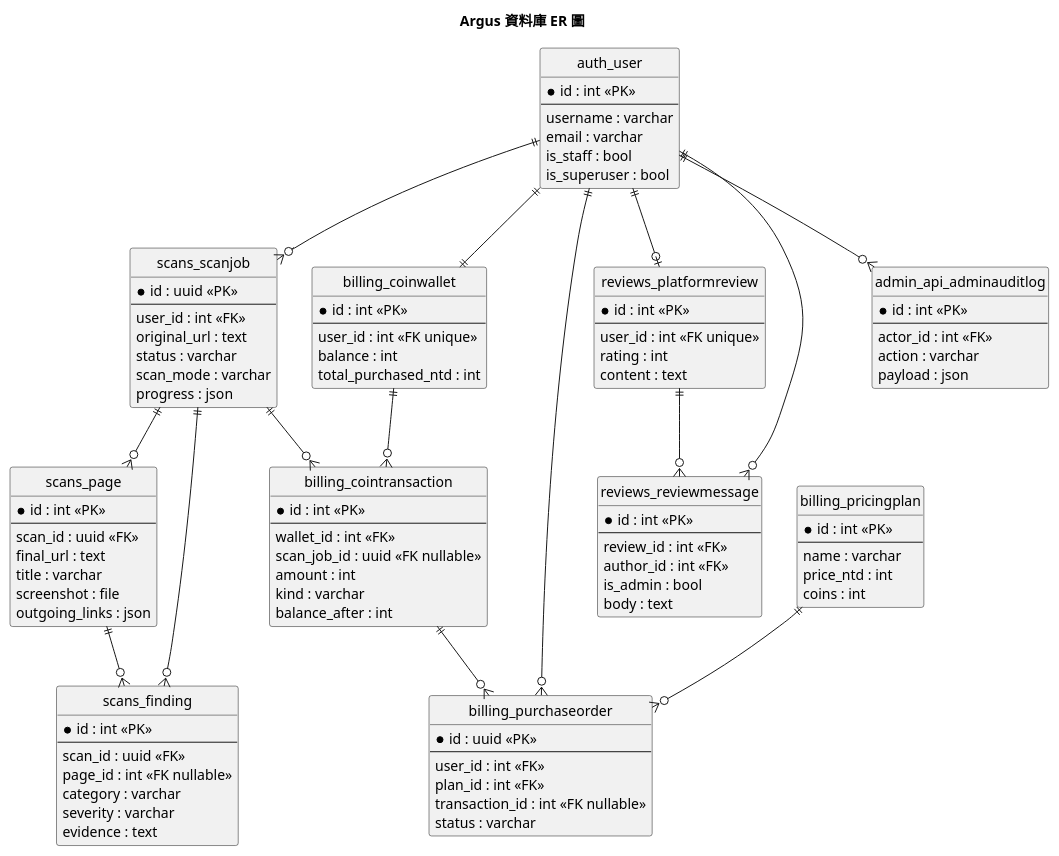
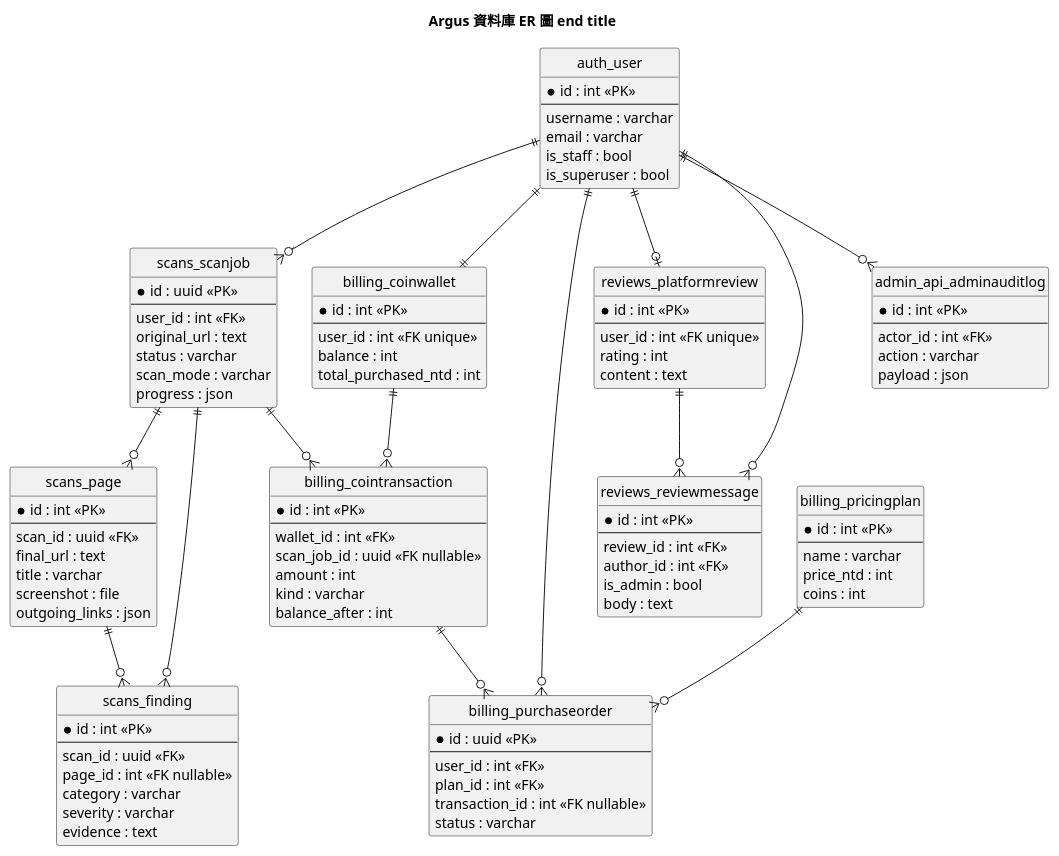
One commit to Djude1/Argus changed diagram 13 of 13 in PlantUML.md. Above: the diagram before and after it, drawn with PlantUML. The commit also changed other lines of this file, not shown here.

````diff
--- a/PlantUML.md
+++ b/PlantUML.md
@@ -839,6 +839,6 @@
 ```plantuml
 @startuml
-title Argus 資料庫 ER 圖
+title Argus 資料庫 ER 圖 end title
 skinparam defaultFontName Microsoft JhengHei
 skinparam shadowing false
 hide circle
````
